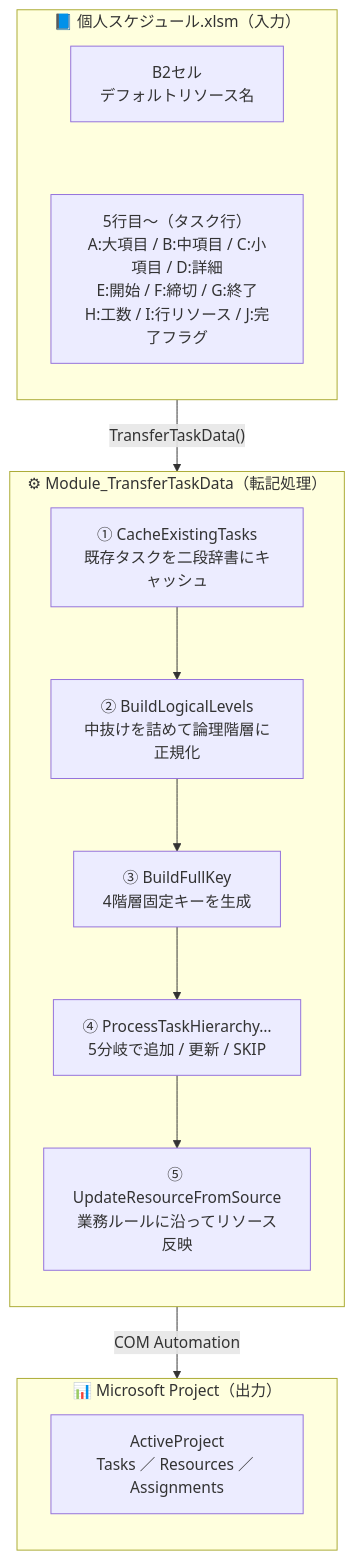
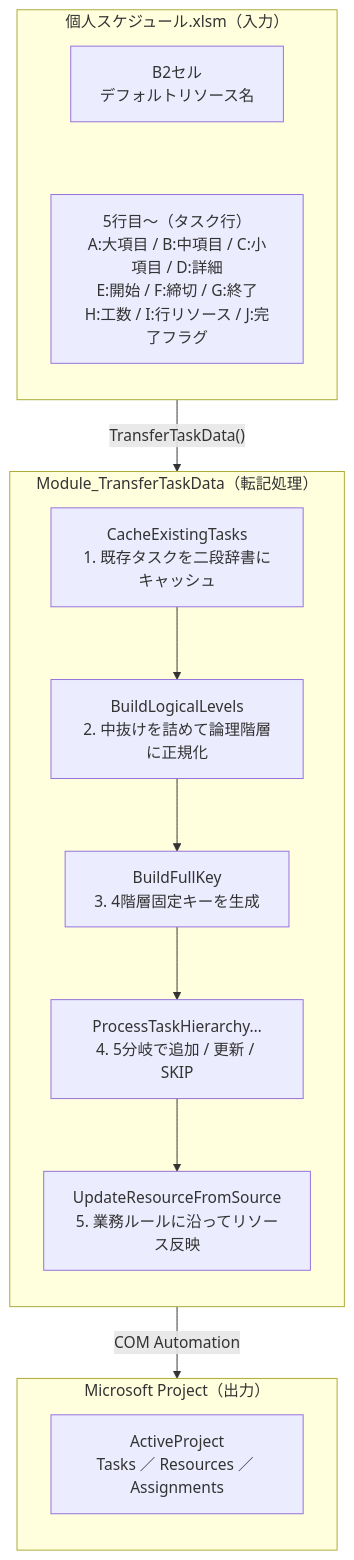
The first of 2 diagrams in 02_excel_to_project.md (aki0178/business-system-design-portfolio), drawn with Mermaid before and after one commit.

````diff
--- a/02_excel_to_project.md
+++ b/02_excel_to_project.md
@@ -44,27 +44,27 @@
 ```mermaid
 flowchart TB
-    subgraph Excel["📘 個人スケジュール.xlsm（入力）"]
+    subgraph Excel["個人スケジュール.xlsm（入力）"]
         direction TB
         B2["B2セル<br/>デフォルトリソース名"]
         Rows["5行目〜（タスク行）<br/>A:大項目 / B:中項目 / C:小項目 / D:詳細<br/>E:開始 / F:締切 / G:終了<br/>H:工数 / I:行リソース / J:完了フラグ"]
         B2 ~~~ Rows
     end
 
-    subgraph Module["⚙ Module_TransferTaskData（転記処理）"]
+    subgraph Module["Module_TransferTaskData（転記処理）"]
         direction TB
-        Cache["① CacheExistingTasks<br/>既存タスクを二段辞書にキャッシュ"]
-        Build["② BuildLogicalLevels<br/>中抜けを詰めて論理階層に正規化"]
-        Key["③ BuildFullKey<br/>4階層固定キーを生成"]
-        Proc["④ ProcessTaskHierarchy…<br/>5分岐で追加 / 更新 / SKIP"]
-        Upd["⑤ UpdateResourceFromSource<br/>業務ルールに沿ってリソース反映"]
+        Cache["CacheExistingTasks<br/>1. 既存タスクを二段辞書にキャッシュ"]
+        Build["BuildLogicalLevels<br/>2. 中抜けを詰めて論理階層に正規化"]
+        Key["BuildFullKey<br/>3. 4階層固定キーを生成"]
+        Proc["ProcessTaskHierarchy…<br/>4. 5分岐で追加 / 更新 / SKIP"]
+        Upd["UpdateResourceFromSource<br/>5. 業務ルールに沿ってリソース反映"]
         Cache --> Build --> Key --> Proc --> Upd
     end
 
-    subgraph Project["📊 Microsoft Project（出力）"]
+    subgraph Project["Microsoft Project（出力）"]
         direction TB
         Items["ActiveProject<br/>Tasks ／ Resources ／ Assignments"]
     end
 
     Excel -- "TransferTaskData()" --> Module
     Module -- "COM Automation" --> Project
 ```
````
